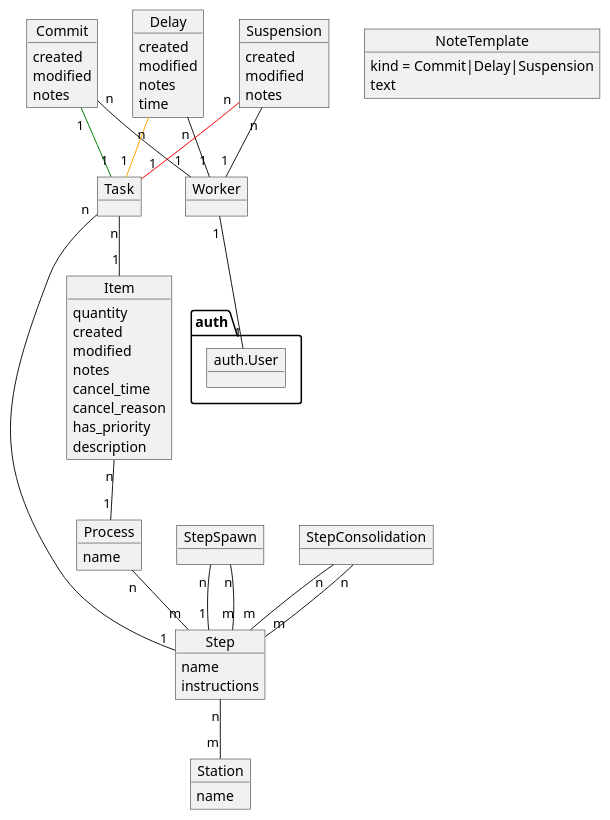
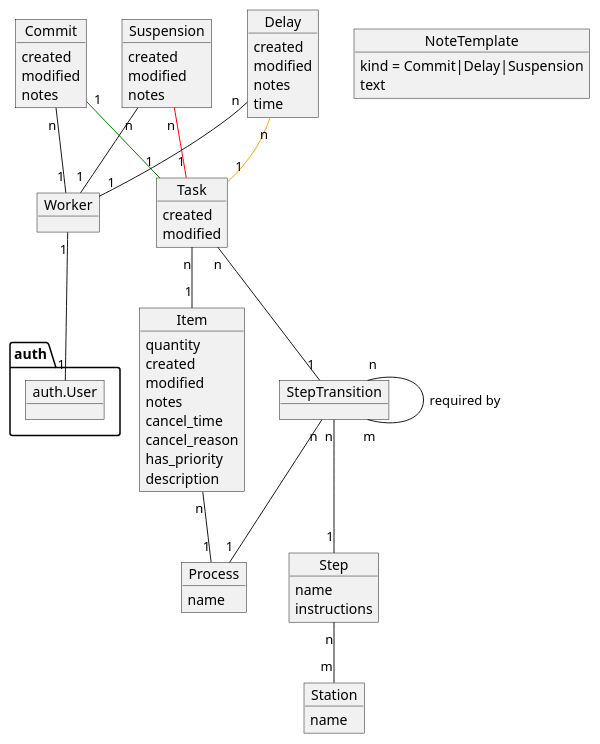
One commit to iriswm/iris changed the diagram in docs/application.plantuml. Above: the diagram before and after it, drawn with PlantUML. The commit also changed 12 other files, not shown here.

Commit message:
Use a single model for step trees. StepTransition

```diff
--- a/docs/application.plantuml
+++ b/docs/application.plantuml
@@ -36,13 +36,6 @@
 
 Each step has individual `instructions` and a simple `name`.
 
-When a new item is created, the process is checked and an appropriate set of
-tasks are created (`Task` objects) according to the process initial steps. Each
-of this tasks, when completed, will span extra tasks according to another model
-called `StepSpawn`. Also, some tasks will be spawned when a set of tasks for
-the same item are completed (only when they are all completed). This steps
-depending on sets of steps are kept in the model `StepConsolidation`.
-
 '/
 
 object Process
@@ -53,29 +46,69 @@
 
 object Step
 
-Process "n" -- "m" Step
-
 Step : name
 Step : instructions
 
-object Task
+/'
 
-Task "n" -- "1" Step
-Task "n" -- "1" Item
+Objects `StepTransition` will be used to represent what steps are needed to
+complete a process and the relation between those steps.
 
-object StepSpawn
-object StepConsolidation
+Step transitions have three fields. A `process` field pointing to the
+associated process. An optional `required_steps` field, pointing to one or more
+steps in the same process required for the transition to occur. A single
+`creates` field with the `Step` object created for that particular transition.
 
-StepSpawn "n" -- "1" Step
-StepSpawn "n" -- "m" Step
-StepConsolidation "n" -- "m" Step
-StepConsolidation "n" -- "m" Step
+To describe how the application stores the different kind of steps and
+transitions, lets have this diagram into account:
+
+--> 1 ----> 2 --> 3 --> 4 ----> 6 ------> 8
+        \                  /         /
+         -------- 5 -------         /
+------------------------------> 7 --
+
+The diagram represents the set of steps needed to complete a process. Each
+number is a single step.
+
+The steps 1 and 7 are created when a new item is added to the system and
+assigned to a process. This is represented by two step transitions to the steps
+1 and 7 with no requirements.
+
+The steps 2, 3 and 4 are created by three transitions with steps 1, 2 and 3 as
+their respective requirements. Step 5 is created by a transition requiring the
+step 1. Similar to the transition to the step 2.
+
+Steps 6 and 8 are created by transitions specifying the pairs 4-5 and 6-7 as
+their requirements.
+
+'/
+
+object StepTransition
+
+StepTransition "n" -- "1" Process
+StepTransition "n" -- "m" StepTransition : required by
+StepTransition "n" -- "1" Step
 
 /'
 
-The 'steps' in the models `Step`, `Process`, `StepSpawn` and
-`StepConsolidation` represent trees of tasks needed to consider an order
-fulfilled.
+When a new item is assigned to a process, the process field is frozen and the
+transitions are checked to create an appropriate set of tasks (`Task` objects).
+Each of this tasks, when completed, will span extra tasks until all tasks have
+been spawned and completed.
+
+Tasks track creation and modification times.
+
+'/
+
+object Task
+
+Task "n" -- "1" StepTransition
+Task "n" -- "1" Item
+
+Task : created
+Task : modified
+
+/'
 
 The tasks can be completed by any worker, identified in the model `Worker` and
 connected to an Django `User`. The tasks are marked as completed creating a new
```
